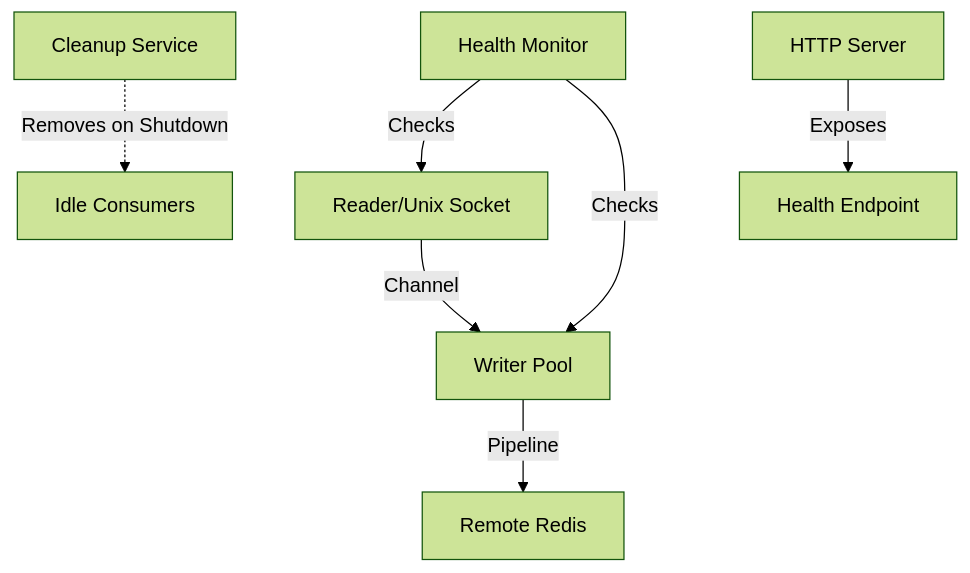
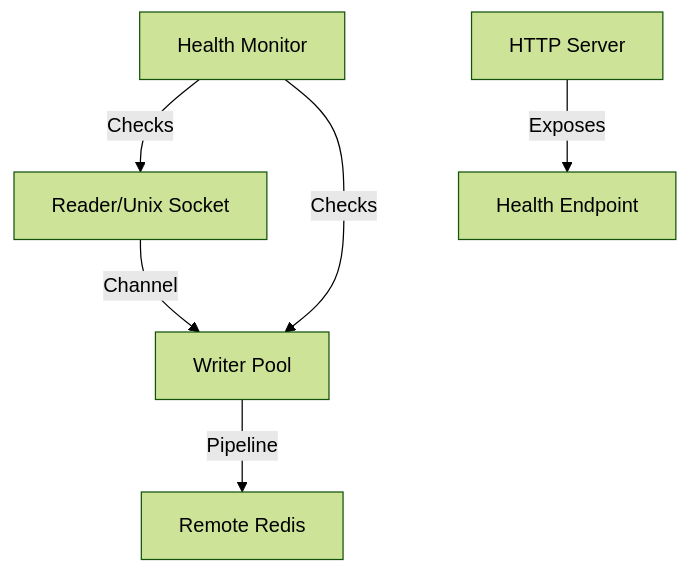
One commit to rauxiliar/telephonyEventSync changed the sixth of 6 diagrams in README.md. Above: the diagram before and after it, drawn with Mermaid (forest theme). The commit also changed other lines of this file and 18 other files, not shown here.

````diff
--- a/README.md
+++ b/README.md
@@ -199,9 +200,8 @@
 ```mermaid
 graph TD
     A[Reader/Unix Socket] -->|Channel| B[Writer Pool]
     B -->|Pipeline| C[Remote Redis]
     D[Health Monitor] -->|Checks| A
     D -->|Checks| B
-    E[Cleanup Service] -.->|Removes on Shutdown| F[Idle Consumers]
     G[HTTP Server] -->|Exposes| H[Health Endpoint]
 ```
````
